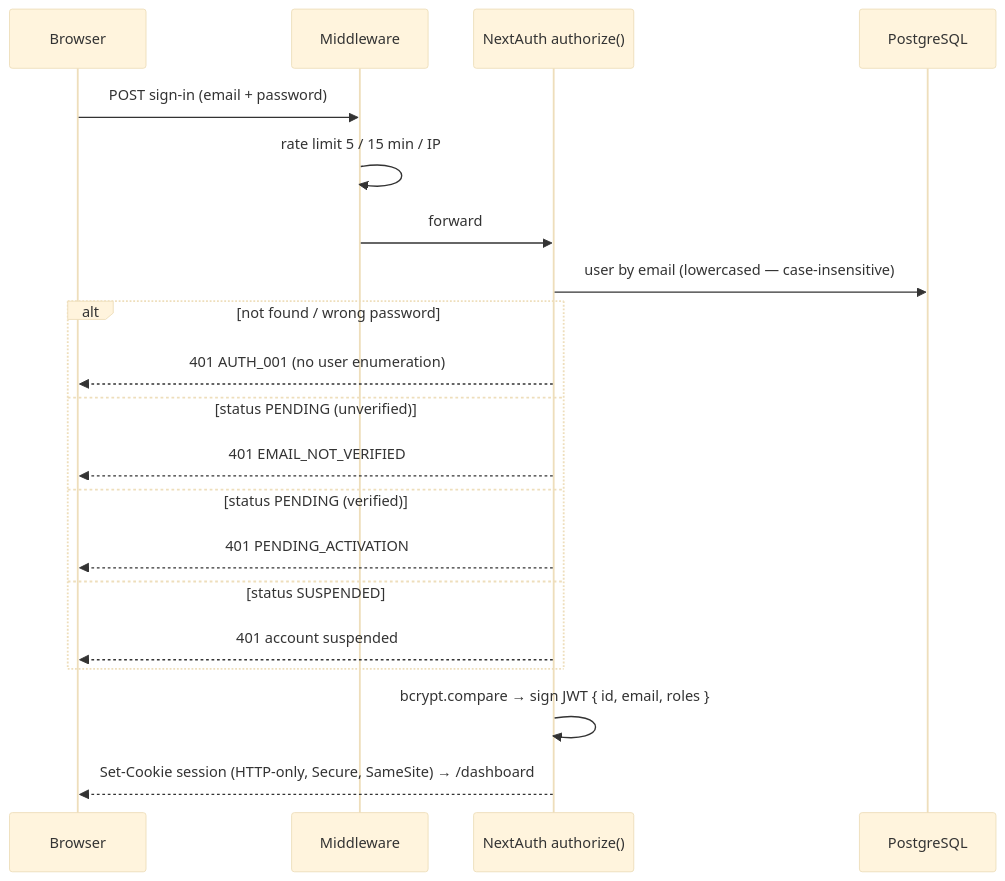
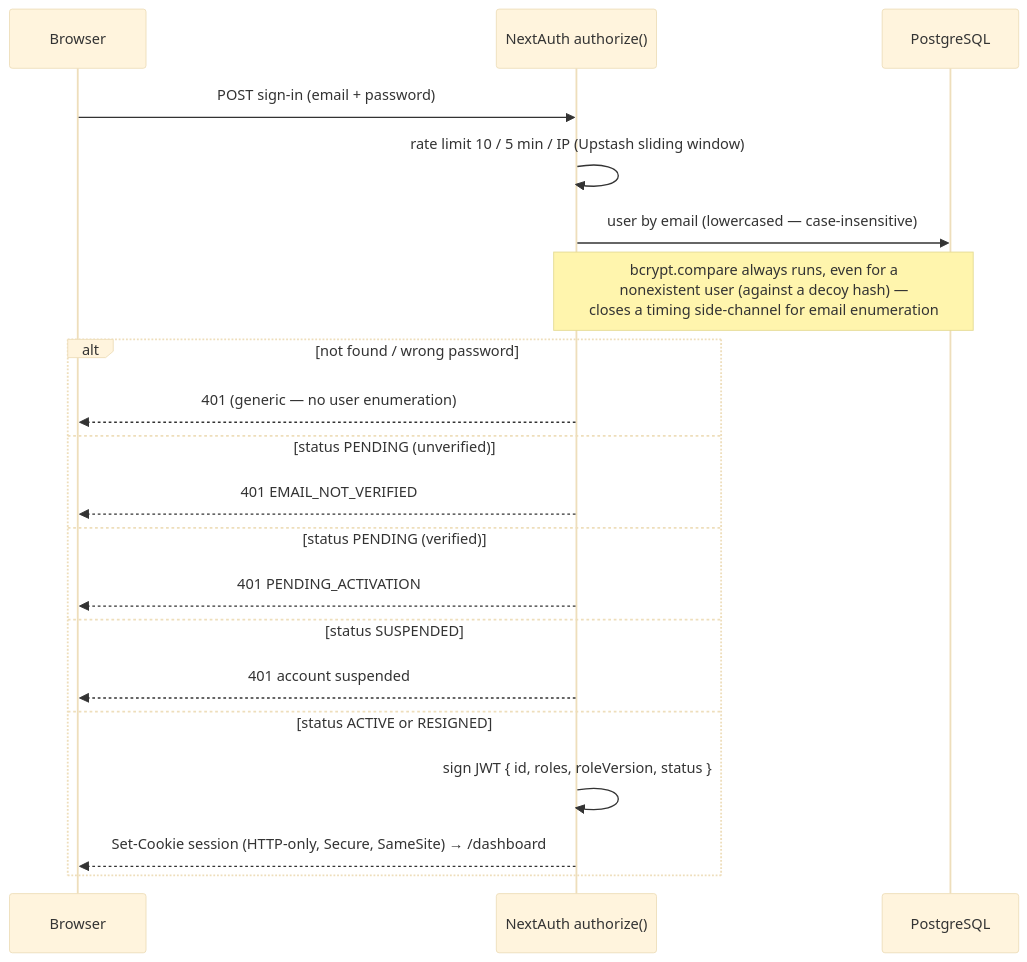
The second of 4 diagrams in docs/flows/01-auth-flow.md (KSDRILL-SA/Xkimi-Xa-Mali), drawn with Mermaid (base theme) before and after one commit. The commit also changed other lines of this file and 5 other files, not shown here.

````diff
--- a/docs/flows/01-auth-flow.md
+++ b/docs/flows/01-auth-flow.md
@@ -25,23 +51,23 @@
 ```mermaid
 sequenceDiagram
     participant B as Browser
-    participant MW as Middleware
     participant NA as NextAuth authorize()
     participant DB as PostgreSQL
 
-    B->>MW: POST sign-in (email + password)
-    MW->>MW: rate limit 5 / 15 min / IP
-    MW->>NA: forward
+    B->>NA: POST sign-in (email + password)
+    NA->>NA: rate limit 10 / 5 min / IP (Upstash sliding window)
     NA->>DB: user by email (lowercased — case-insensitive)
+    Note over NA,DB: bcrypt.compare always runs, even for a<br/>nonexistent user (against a decoy hash) —<br/>closes a timing side-channel for email enumeration
     alt not found / wrong password
-        NA-->>B: 401 AUTH_001 (no user enumeration)
+        NA-->>B: 401 (generic — no user enumeration)
     else status PENDING (unverified)
         NA-->>B: 401 EMAIL_NOT_VERIFIED
     else status PENDING (verified)
         NA-->>B: 401 PENDING_ACTIVATION
     else status SUSPENDED
         NA-->>B: 401 account suspended
+    else status ACTIVE or RESIGNED
+        NA->>NA: sign JWT { id, roles, roleVersion, status }
+        NA-->>B: Set-Cookie session (HTTP-only, Secure, SameSite) → /dashboard
     end
-    NA->>NA: bcrypt.compare → sign JWT { id, email, roles }
-    NA-->>B: Set-Cookie session (HTTP-only, Secure, SameSite) → /dashboard
 ```
````
